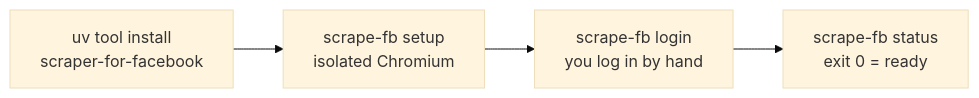
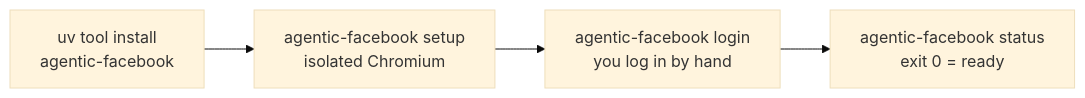
The diagram in docs/wiki/Installation.md (tjdwls101010/Scraper-for-Facebook), drawn with Mermaid (base theme) before and after one commit. The commit also changed other lines of this file and 59 other files, not shown here.

First line of the commit message:
Rename to Agentic Facebook (package, CLI, module, docs) (#1)

````diff
--- a/docs/wiki/Installation.md
+++ b/docs/wiki/Installation.md
@@ -79,6 +79,6 @@
 ```mermaid
 flowchart LR
-    A["uv tool install<br/>scraper-for-facebook"] --> B["scrape-fb setup<br/>isolated Chromium"]
-    B --> C["scrape-fb login<br/>you log in by hand"]
-    C --> D["scrape-fb status<br/>exit 0 = ready"]
+    A["uv tool install<br/>agentic-facebook"] --> B["agentic-facebook setup<br/>isolated Chromium"]
+    B --> C["agentic-facebook login<br/>you log in by hand"]
+    C --> D["agentic-facebook status<br/>exit 0 = ready"]
 ```
````
